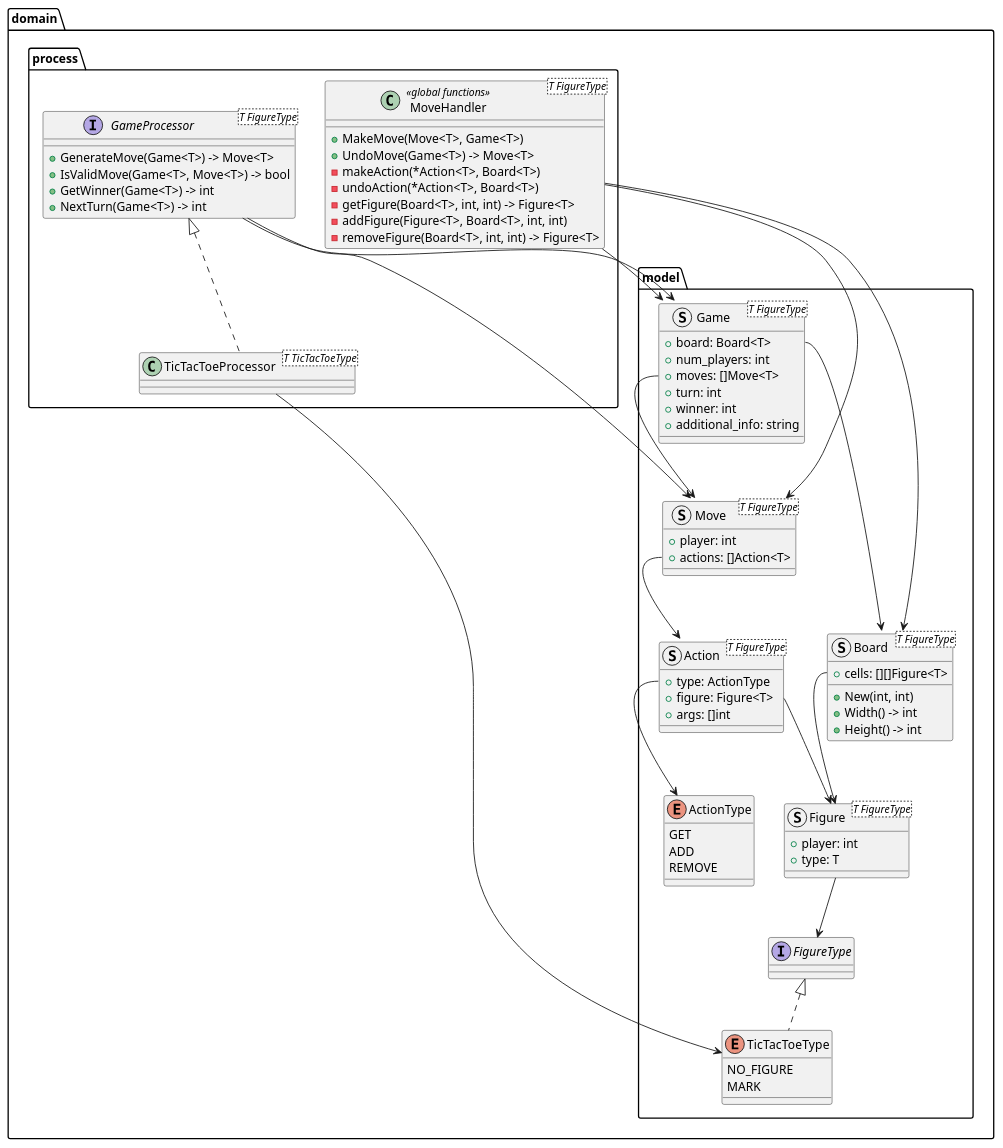
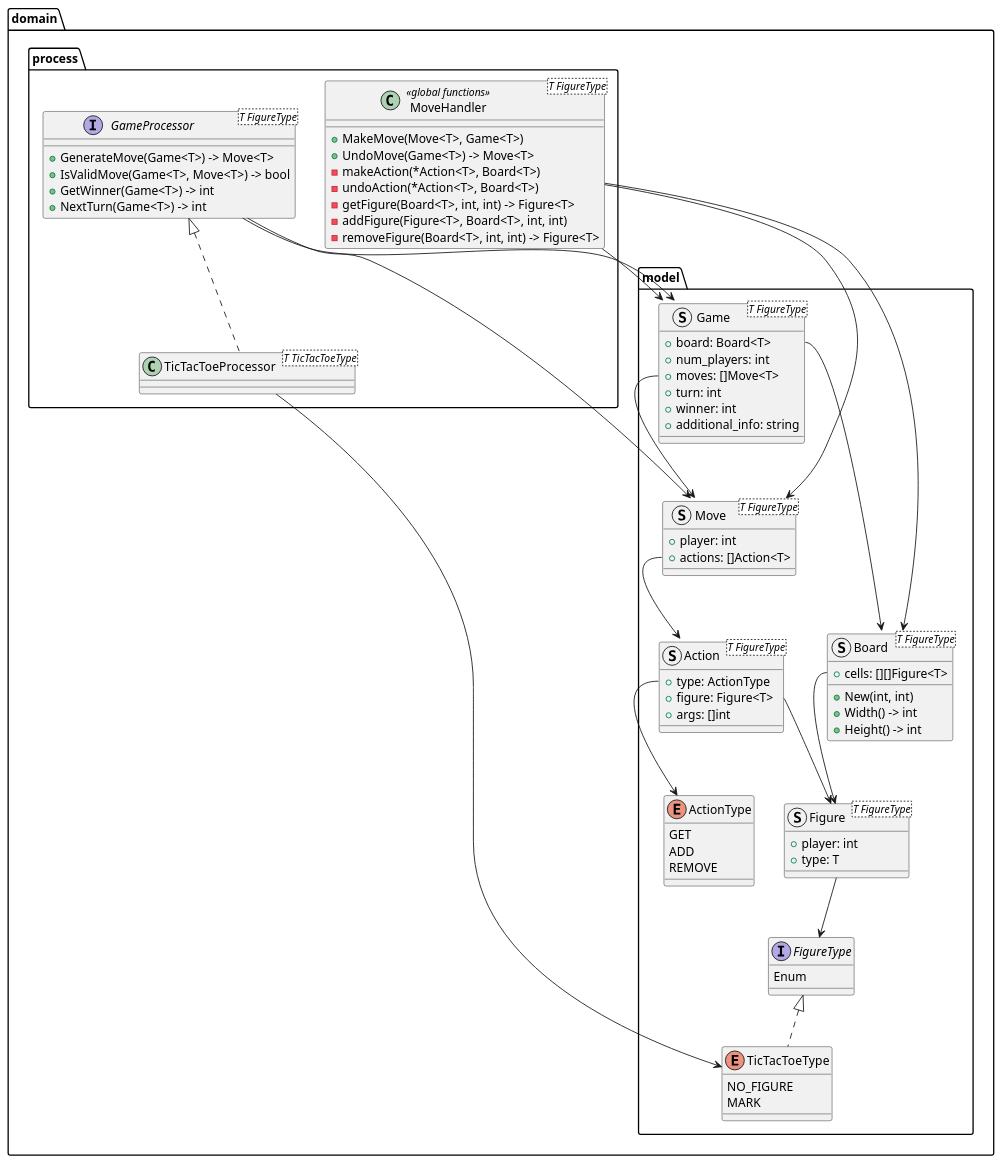
Before and after one commit to vitalykov/tabulares-backend: the diagram in docs/diagrams/domain.puml, drawn with PlantUML. The commit also changed 1 other file, not shown here.

Commit message:
docs: small fixes to diagrams, add User type, prepare to making auth service

```diff
--- a/docs/diagrams/domain.puml
+++ b/docs/diagrams/domain.puml
@@ -1,102 +1,104 @@
 @startuml Domain Layer
 
 package domain {
 
 package model {
 
   struct Figure<T FigureType> {
     + player: int
     + type: T
   }
   Figure --> FigureType
 
   struct Board<T FigureType> {
     + New(int, int)
     + cells: [][]Figure<T>
     + Width() -> int
     + Height() -> int
   }
   ' Board --> FigureType
   Board::cells --> Figure
 
   ' interface Enum {
   '   + Int() -> int
   '   + String() -> string
   ' }
 
-  interface FigureType
+  interface FigureType {
+    Enum
+  }
 
   Enum TicTacToeType implements FigureType {
     NO_FIGURE
     MARK
   }
 
   Enum ActionType {
     GET
     ADD
     REMOVE
   }
 
   struct Action<T FigureType> {
     + type: ActionType
     + figure: Figure<T>
     + args: []int
   }
   ' Action --> FigureType
   Action::type --> ActionType
   Action::figure --> Figure
 
   struct Move<T FigureType> {
     + player: int
     + actions: []Action<T>
   }
   ' Move --> FigureType
   Move::actions --> Action
 
   struct Game<T FigureType> {
     + board: Board<T>
     + num_players: int
     + moves: []Move<T>
     + turn: int
     + winner: int
     + additional_info: string
   }
   ' Game --> FigureType
   Game::board --> Board
   Game::moves --> Move
 
 } /' package model '/
 
 package process {
 
   interface GameProcessor<T FigureType> {
     + GenerateMove(Game<T>) -> Move<T>
     + IsValidMove(Game<T>, Move<T>) -> bool
     + GetWinner(Game<T>) -> int
     + NextTurn(Game<T>) -> int
   }
   ' GameProcessor --> FigureType
   GameProcessor --> Game
   GameProcessor --> Move
 
   class TicTacToeProcessor<T TicTacToeType> implements GameProcessor
   TicTacToeProcessor --> TicTacToeType
 
   class MoveHandler<T FigureType> <<global functions>> {
     + MakeMove(Move<T>, Game<T>)
     + UndoMove(Game<T>) -> Move<T>
     - makeAction(*Action<T>, Board<T>)
     - undoAction(*Action<T>, Board<T>)
     - getFigure(Board<T>, int, int) -> Figure<T>
     - addFigure(Figure<T>, Board<T>, int, int)
     - removeFigure(Board<T>, int, int) -> Figure<T>
   }
   MoveHandler --> Move
   MoveHandler --> Board
   MoveHandler --> Game
 
 } /' package process '/
 
 } /' package domain '/
 
 @enduml
```
